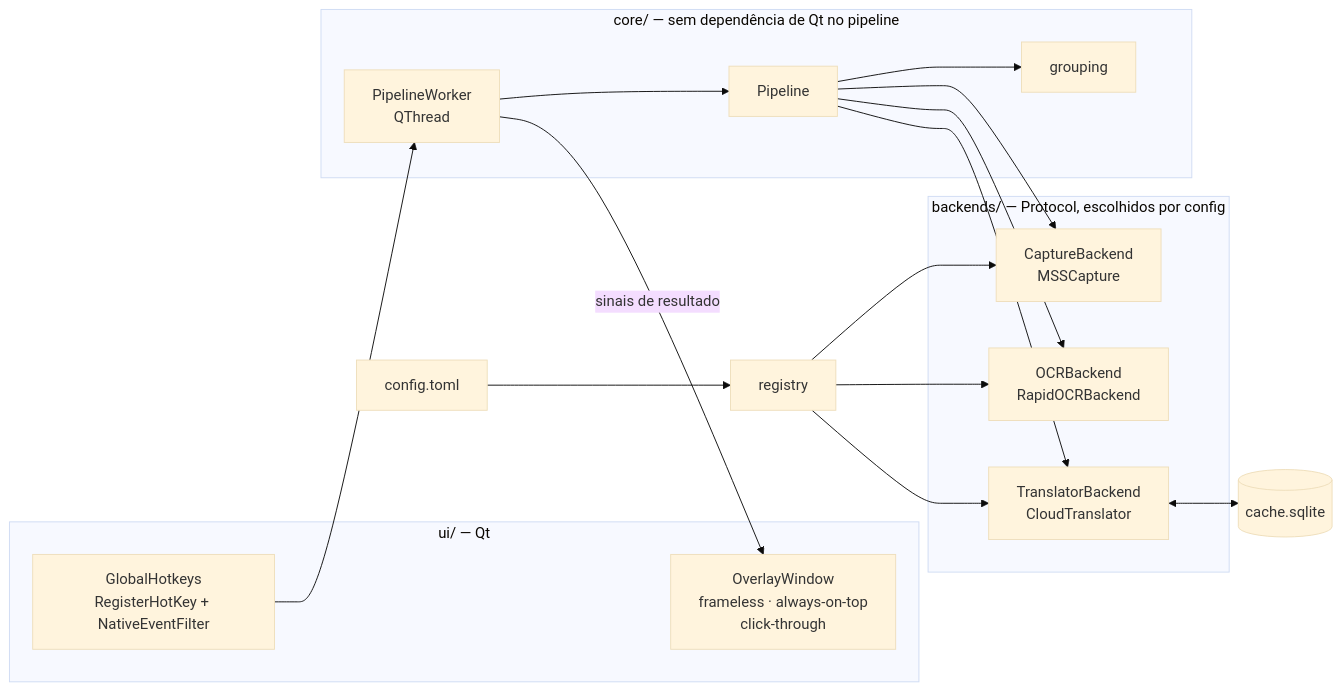
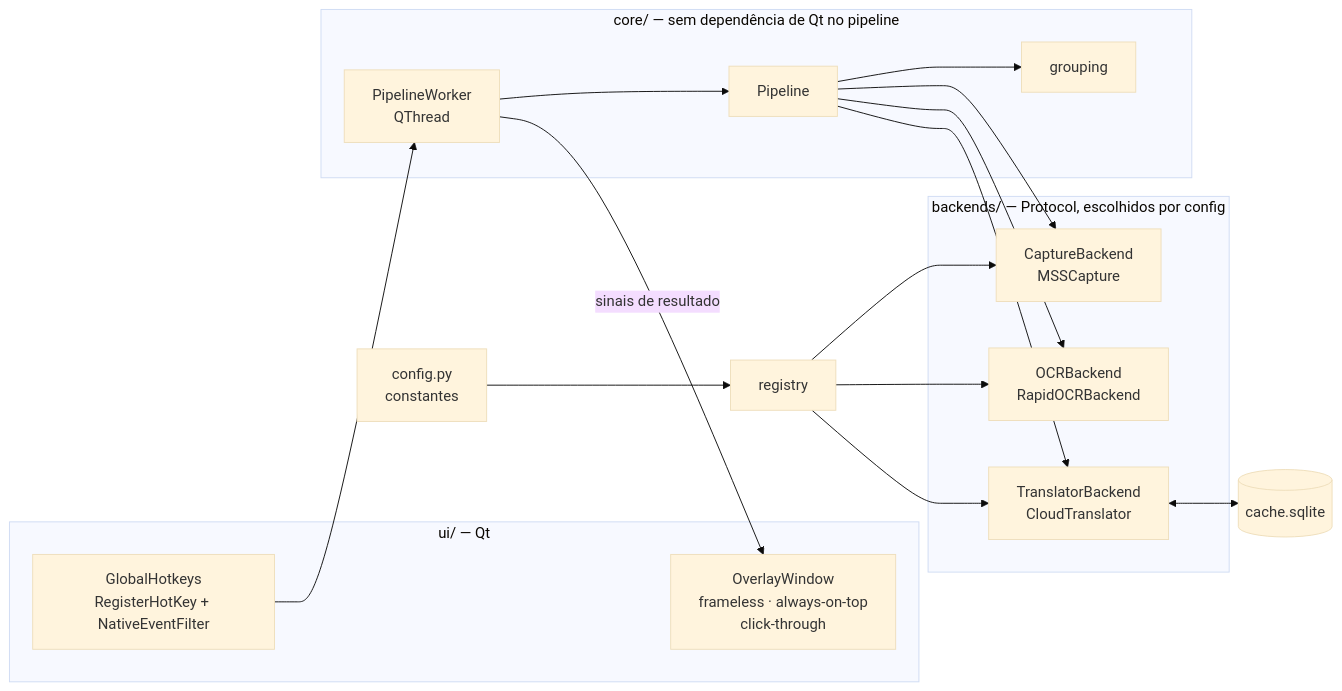
Before and after one commit to LiloMarino/TranslatorOCR: the second of 2 diagrams in README.md, drawn with Mermaid (base theme). The commit also changed other lines of this file, not shown here.

Commit message:
docs: Atualizado README para o fluxo sem config e as medições em página real

````diff
--- a/README.md
+++ b/README.md
@@ -118,36 +154,36 @@
 ```mermaid
 flowchart LR
     subgraph ui["ui/ — Qt"]
         HOT["GlobalHotkeys<br/>RegisterHotKey + NativeEventFilter"]
         OVL["OverlayWindow<br/>frameless · always-on-top<br/>click-through"]
     end
 
     subgraph core["core/ — sem dependência de Qt no pipeline"]
         PIPE["Pipeline"]
         GRP["grouping"]
         WRK["PipelineWorker<br/>QThread"]
     end
 
     subgraph be["backends/ — Protocol, escolhidos por config"]
         B1["CaptureBackend<br/>MSSCapture"]
         B3["OCRBackend<br/>RapidOCRBackend"]
         B4["TranslatorBackend<br/>CloudTranslator"]
     end
 
     DB[("cache.sqlite")]
-    CFG["config.toml"]
+    CFG["config.py<br/>constantes"]
     REG["registry"]
 
     HOT --> WRK
     WRK --> PIPE
     PIPE --> GRP
     PIPE --> B1
     PIPE --> B3
     PIPE --> B4
     B4 <--> DB
     CFG --> REG
     REG --> B1
     REG --> B3
     REG --> B4
     WRK -->|"sinais de resultado"| OVL
 ```
````
